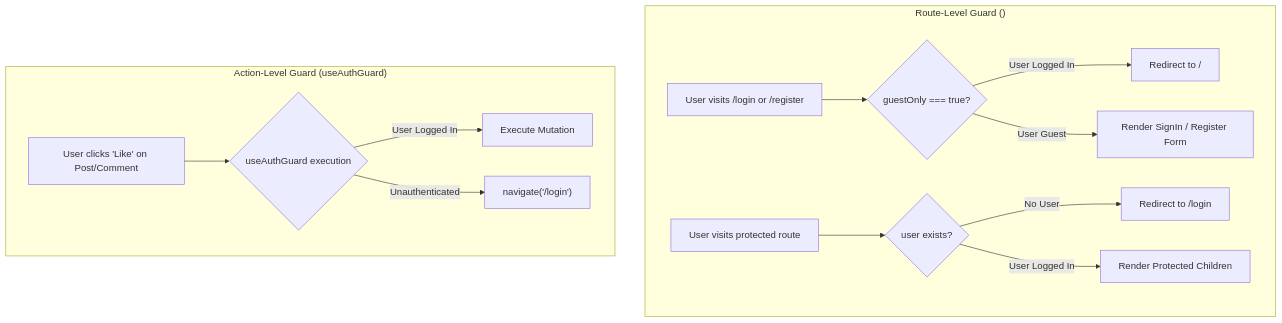
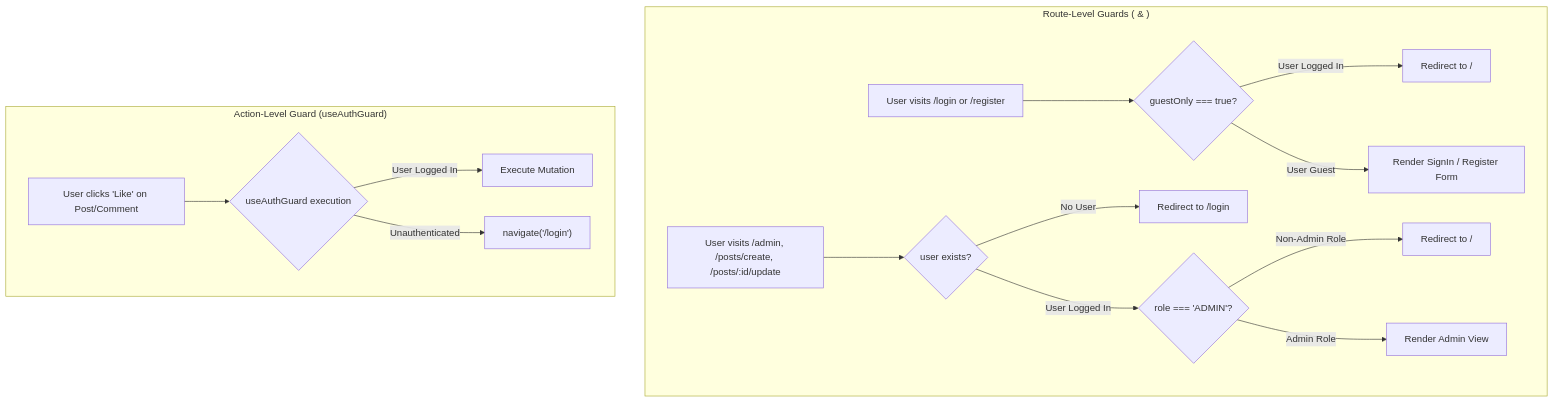
One commit to feddevv/blog-client changed the fifth of 5 diagrams in docs/architecture.md. Above: the diagram before and after it, drawn with Mermaid. The commit also changed other lines of this file, not shown here.

Commit message:
docs: update architecture documentation to reflect all changes

````diff
--- a/docs/architecture.md
+++ b/docs/architecture.md
@@ -305,18 +340,20 @@
 ```mermaid
 flowchart TD
-    subgraph Route_Level_Guarding ["Route-Level Guard (<ProtectedRoute>)"]
-        RouteReq["User visits /login or /register"] --> CheckGuest{guestOnly === true?}
+    subgraph Route_Level_Guarding ["Route-Level Guards (<ProtectedRoute> & <AdminRoute>)"]
+        GuestReq["User visits /login or /register"] --> CheckGuest{guestOnly === true?}
         CheckGuest -- User Logged In --> RedirHome["Redirect to /"]
         CheckGuest -- User Guest --> RenderAuth["Render SignIn / Register Form"]
 
-        PrivateReq["User visits protected route"] --> CheckAuth{user exists?}
-        CheckAuth -- No User --> RedirLogin["Redirect to /login"]
-        CheckAuth -- User Logged In --> RenderChild["Render Protected Children"]
+        AdminReq["User visits /admin, /posts/create, /posts/:id/update"] --> CheckAdminAuth{user exists?}
+        CheckAdminAuth -- No User --> RedirLogin["Redirect to /login"]
+        CheckAdminAuth -- User Logged In --> CheckRole{role === 'ADMIN'?}
+        CheckRole -- Non-Admin Role --> RedirHomeAdmin["Redirect to /"]
+        CheckRole -- Admin Role --> RenderAdminChild["Render Admin View"]
     end
 
     subgraph Action_Level_Guarding ["Action-Level Guard (useAuthGuard)"]
         UserAction["User clicks 'Like' on Post/Comment"] --> GuardExec{useAuthGuard execution}
         GuardExec -- User Logged In --> RunAction["Execute Mutation"]
         GuardExec -- Unauthenticated --> NavigateLogin["navigate('/login')"]
     end
 ```
````
